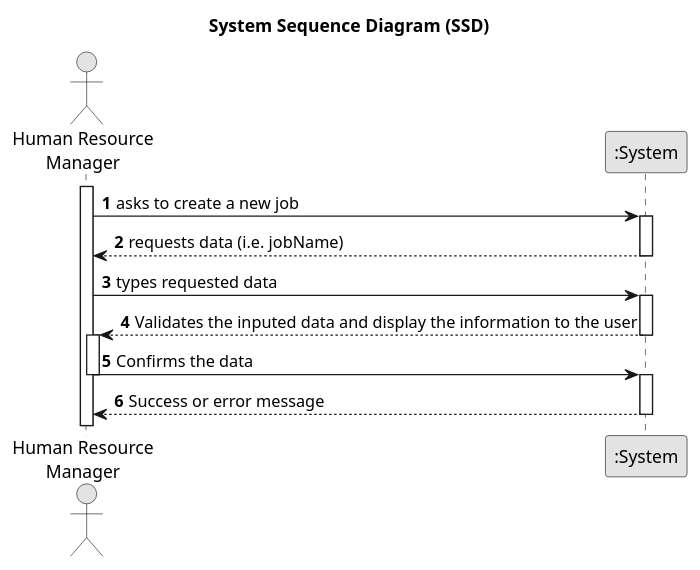
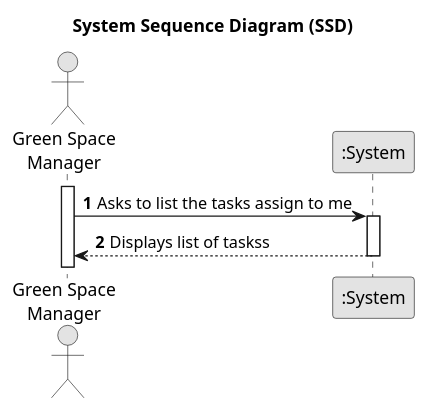
The diagram in docs/sprintC/us028/01.requirements-engineering/puml/us002-system-sequence-diagram.puml (Departamento-de-Engenharia-Informatica/greenspace-management), drawn with PlantUML before and after one commit. The commit also changed 2 other files, not shown here.

```diff
--- a/docs/sprintC/us028/01.requirements-engineering/puml/us002-system-sequence-diagram.puml
+++ b/docs/sprintC/us028/01.requirements-engineering/puml/us002-system-sequence-diagram.puml
@@ -1,36 +1,21 @@
 @startuml
 skinparam monochrome true
 skinparam packageStyle rectangle
 skinparam shadowing false
 
 title System Sequence Diagram (SSD)
 
 autonumber
 
-actor "Human Resource\nManager" as HRM
+actor "Green Space\nManager" as GSM
 participant ":System" as System
 
-activate HRM
+activate GSM
 
-    HRM -> System : asks to create a new job
+    GSM -> System : Asks to list the tasks assign to me
     activate System
-        System --> HRM : requests data (i.e. jobName)
-
-    deactivate System
-
-    HRM -> System : types requested data
-    activate System
-
-    System --> HRM : Validates the inputed data and display the information to the user
-    deactivate System
-    activate HRM
-
-    HRM -> System : Confirms the data
-    deactivate HRM
-
-    activate System
-    System --> HRM : Success or error message
+        System --> GSM : Displays list of taskss
 
     deactivate System
 
 @enduml
```
